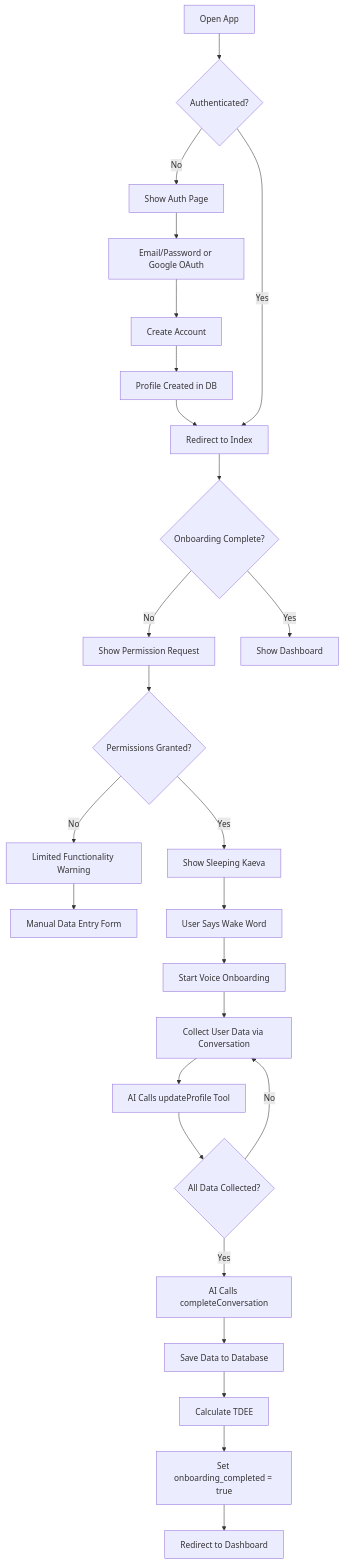
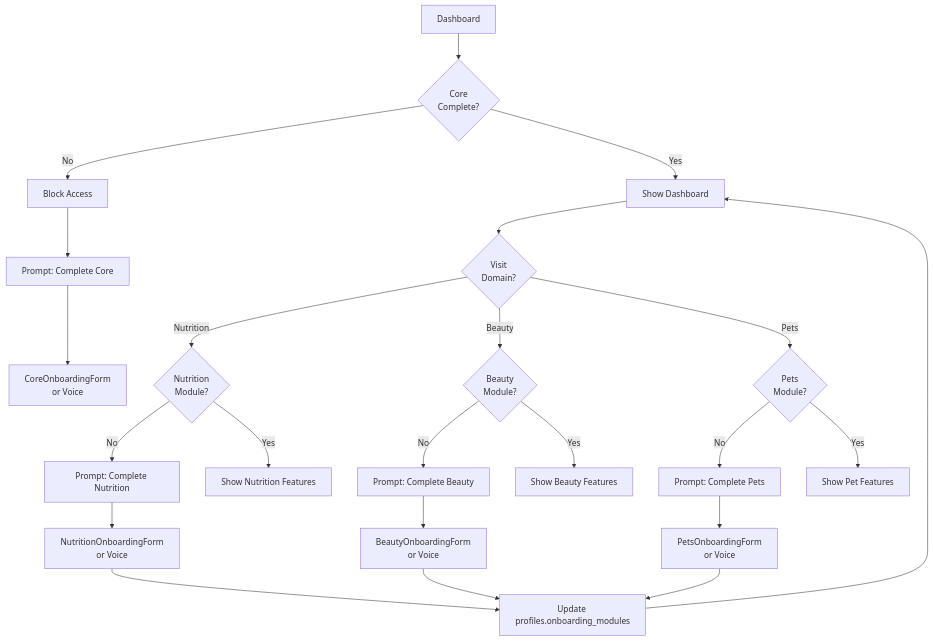
The sixth of 14 diagrams in MASTER_DOCS.md (Viraj-FG/Techcentral), drawn with Mermaid before and after one commit. The commit also changed other lines of this file, not shown here.

````diff
--- a/MASTER_DOCS.md
+++ b/MASTER_DOCS.md
@@ -4611,32 +5078,30 @@
 ```mermaid
-graph TD
-    A[Open App] --> B{Authenticated?}
-    B -->|No| C[Show Auth Page]
-    C --> D[Email/Password or Google OAuth]
-    D --> E[Create Account]
-    E --> F[Profile Created in DB]
-    F --> G[Redirect to Index]
+flowchart TD
+    A[Dashboard] --> B{Core<br/>Complete?}
+    B -->|No| C[Block Access]
+    C --> D[Prompt: Complete Core]
+    D --> E[CoreOnboardingForm<br/>or Voice]
     
-    B -->|Yes| G
+    B -->|Yes| F[Show Dashboard]
+    F --> G{Visit<br/>Domain?}
     
-    G --> H{Onboarding Complete?}
-    H -->|No| I[Show Permission Request]
-    I --> J{Permissions Granted?}
-    J -->|No| K[Limited Functionality Warning]
-    K --> L[Manual Data Entry Form]
+    G -->|Nutrition| H{Nutrition<br/>Module?}
+    H -->|No| I[Prompt: Complete Nutrition]
+    I --> J[NutritionOnboardingForm<br/>or Voice]
+    H -->|Yes| K[Show Nutrition Features]
     
-    J -->|Yes| M[Show Sleeping Kaeva]
-    M --> N[User Says Wake Word]
-    N --> O[Start Voice Onboarding]
-    O --> P[Collect User Data via Conversation]
-    P --> Q[AI Calls updateProfile Tool]
-    Q --> R{All Data Collected?}
-    R -->|No| P
-    R -->|Yes| S[AI Calls completeConversation]
-    S --> T[Save Data to Database]
-    T --> U[Calculate TDEE]
-    U --> V[Set onboarding_completed = true]
-    V --> W[Redirect to Dashboard]
+    G -->|Beauty| L{Beauty<br/>Module?}
+    L -->|No| M[Prompt: Complete Beauty]
+    M --> N[BeautyOnboardingForm<br/>or Voice]
+    L -->|Yes| O[Show Beauty Features]
     
-    H -->|Yes| X[Show Dashboard]
+    G -->|Pets| P{Pets<br/>Module?}
+    P -->|No| Q[Prompt: Complete Pets]
+    Q --> R[PetsOnboardingForm<br/>or Voice]
+    P -->|Yes| S[Show Pet Features]
+    
+    J --> T[Update profiles.onboarding_modules]
+    N --> T
+    R --> T
+    T --> F
 ```
````
